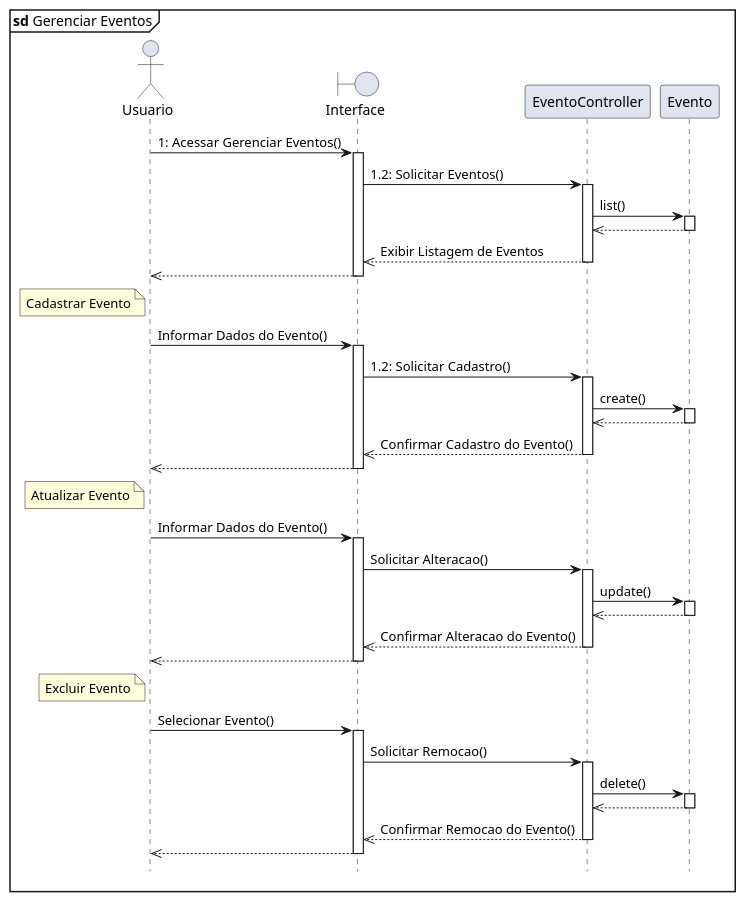
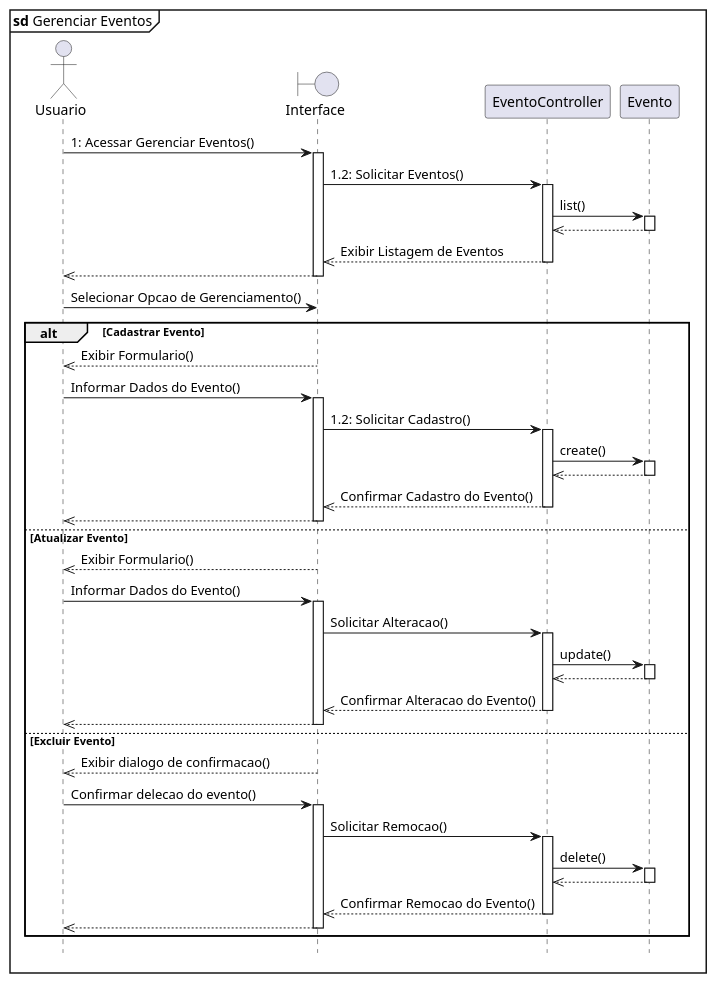
One commit to joaolfern/kolala changed the diagram in UML/sd1.plantuml. Above: the diagram before and after it, drawn with PlantUML. The commit also changed 4 other files, not shown here.

Commit message:
Update acitivity diagram

```diff
--- a/UML/sd1.plantuml
+++ b/UML/sd1.plantuml
@@ -1,41 +1,47 @@
 @startuml
 hide footbox
 
 mainframe **sd** Gerenciar Eventos
 actor Usuario
 boundary Interface
 participant EventoController
 participant Evento
 
 Usuario -> Interface ++ : 1: Acessar Gerenciar Eventos()
 Interface -> EventoController ++ : 1.2: Solicitar Eventos()
 EventoController -> Evento ++: list()
 Evento -->> EventoController --
 Interface <<-- EventoController --: Exibir Listagem de Eventos
 Interface -->> Usuario --
 
-note left Usuario: Cadastrar Evento
+
+Usuario -> Interface : Selecionar Opcao de Gerenciamento()
+
+alt Cadastrar Evento
+Interface -->> Usuario : Exibir Formulario()
 Usuario -> Interface ++ : Informar Dados do Evento()
 Interface -> EventoController ++ : 1.2: Solicitar Cadastro()
 EventoController -> Evento ++ : create()
 EventoController <<-- Evento --
 Interface <<-- EventoController -- : Confirmar Cadastro do Evento()
 Usuario <<-- Interface --
 
-note left Usuario: Atualizar Evento
+else Atualizar Evento
+Interface -->> Usuario : Exibir Formulario()
 Usuario -> Interface ++ : Informar Dados do Evento()
 Interface -> EventoController ++ : Solicitar Alteracao()
 EventoController -> Evento ++ : update()
 EventoController <<-- Evento --
 Interface <<-- EventoController -- : Confirmar Alteracao do Evento()
 Usuario <<-- Interface --
 
-note left Usuario: Excluir Evento
-Usuario -> Interface ++ : Selecionar Evento()
+else Excluir Evento
+Interface -->> Usuario : Exibir dialogo de confirmacao()
+Usuario -> Interface ++ : Confirmar delecao do evento()
 Interface -> EventoController ++ : Solicitar Remocao()
 EventoController -> Evento ++ : delete()
 EventoController <<-- Evento --
 Interface <<-- EventoController -- : Confirmar Remocao do Evento()
 Usuario <<-- Interface --
-
+end
 @enduml
```
